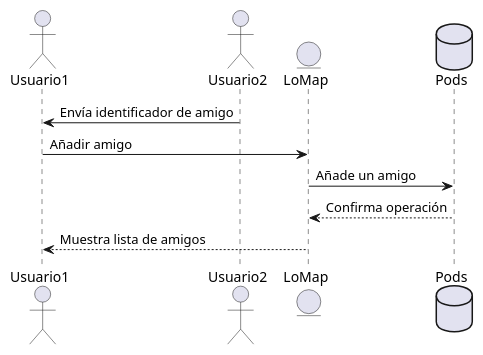
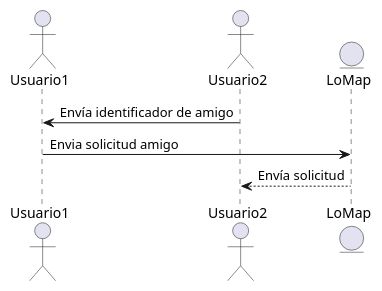
The seventh of 16 diagrams in docs/06_runtime_view.adoc (Arquisoft/lomap_es3c), drawn with PlantUML before and after one commit. The commit also changed other lines of this file, not shown here.

```diff
--- a/docs/06_runtime_view.adoc
+++ b/docs/06_runtime_view.adoc
@@ -125,12 +119,9 @@
 [plantuml,"Sequence diagram08",png]
 ----
 actor Usuario1
 actor Usuario2
 Usuario2 -> Usuario1: Envía identificador de amigo
 entity LoMap
-Usuario1->LoMap: Añadir amigo
-database Pod as "Pods"
-LoMap-> Pod: Añade un amigo
-Pod--> LoMap: Confirma operación
-LoMap--> Usuario1: Muestra lista de amigos
+Usuario1->LoMap: Envia solicitud amigo
+LoMap--> Usuario2: Envía solicitud
 ----
```
